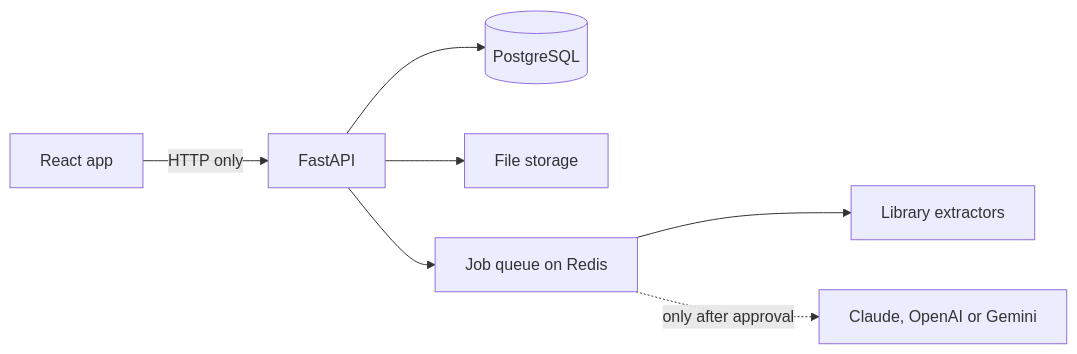
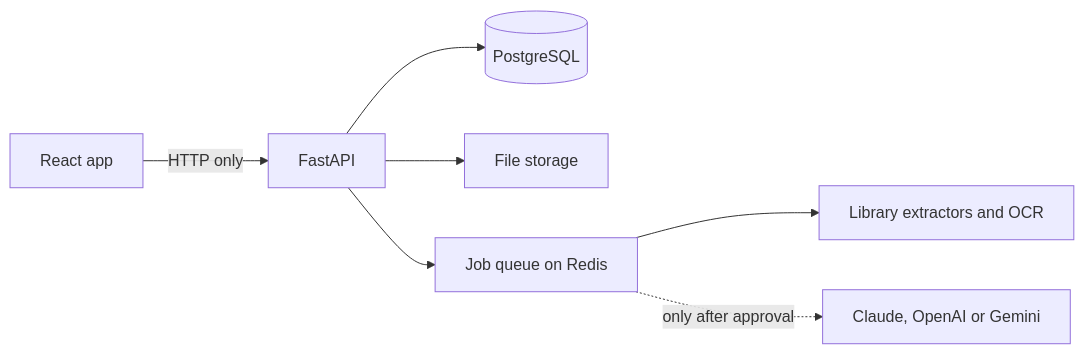
Before and after one commit to manasrai1406/parchi: the second of 2 diagrams in README.md, drawn with Mermaid. The commit also changed other lines of this file, not shown here.

````diff
--- a/README.md
+++ b/README.md
@@ -71,9 +128,9 @@
 ```mermaid
 flowchart LR
   UI[React app] -->|HTTP only| API[FastAPI]
   API --> DB[(PostgreSQL)]
   API --> FS[File storage]
   API --> Q[Job queue on Redis]
-  Q --> EX[Library extractors]
+  Q --> EX[Library extractors and OCR]
   Q -. only after approval .-> AI[Claude, OpenAI or Gemini]
 ```
````
